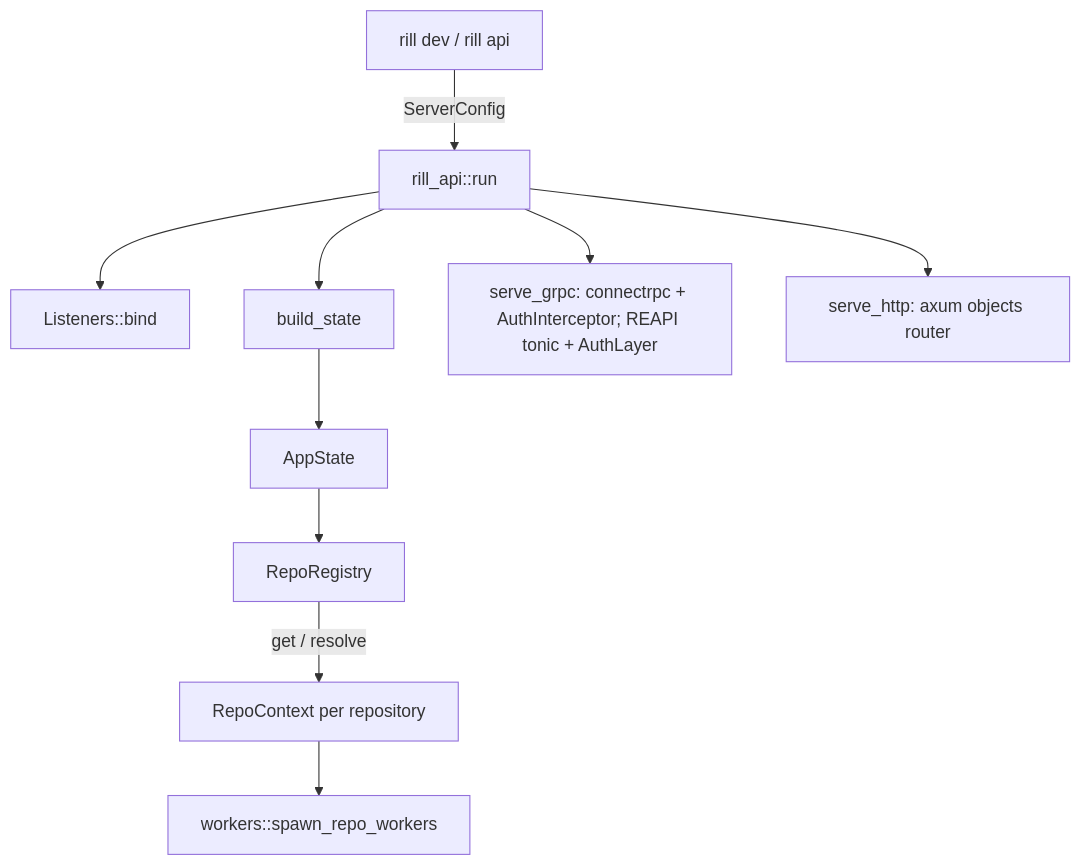
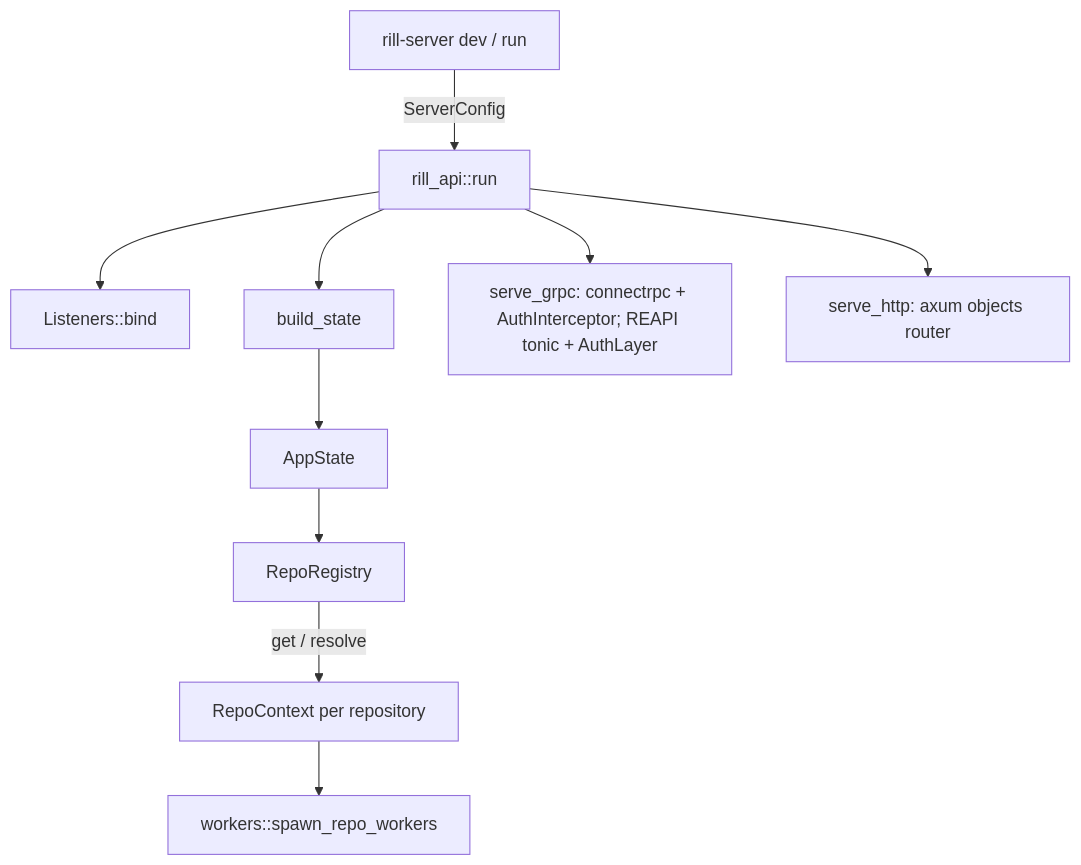
Before and after one commit to envoy1084/rill: the first of 2 diagrams in architecture/07-runtime/server.md, drawn with Mermaid. The commit also changed other lines of this file and 49 other files, not shown here.

First line of the commit message:
server: the services ship as rill-server; rill is the client (ADR 020)

````diff
--- a/architecture/07-runtime/server.md
+++ b/architecture/07-runtime/server.md
@@ -11,12 +12,12 @@
 ```mermaid
 flowchart TD
-    Bin[rill dev / rill api] -->|ServerConfig| Run[rill_api::run]
+    Bin[rill-server dev / run] -->|ServerConfig| Run[rill_api::run]
     Run --> L[Listeners::bind]
     Run --> BS[build_state]
     BS --> AS[AppState]
     AS --> RR[RepoRegistry]
     RR -->|get / resolve| RC[RepoContext per repository]
     RC --> W[workers::spawn_repo_workers]
     Run --> G[serve_grpc: connectrpc + AuthInterceptor; REAPI tonic + AuthLayer]
     Run --> H[serve_http: axum objects router]
 ```
````
